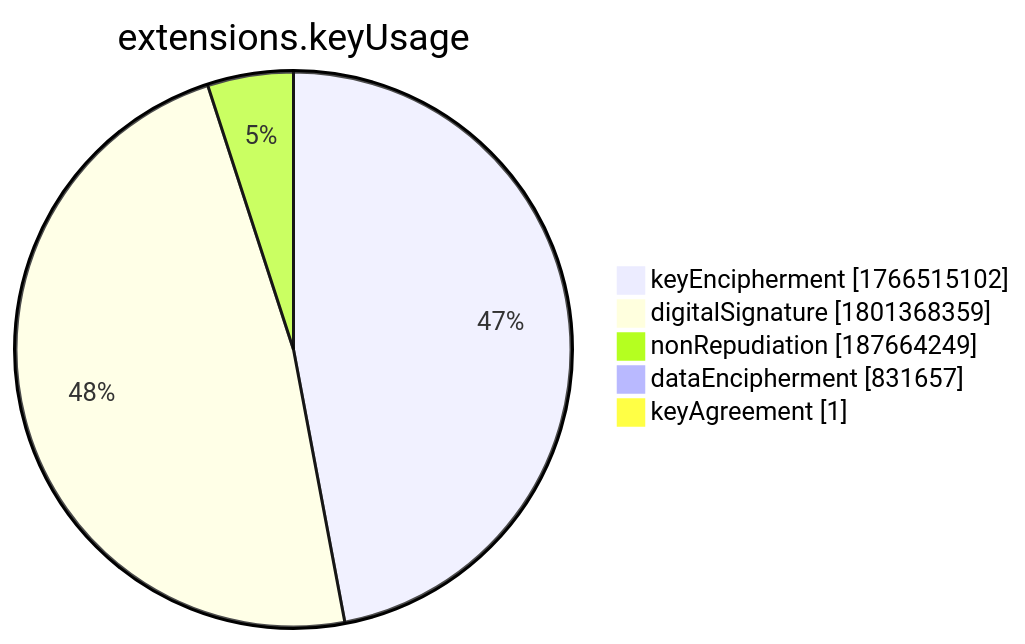
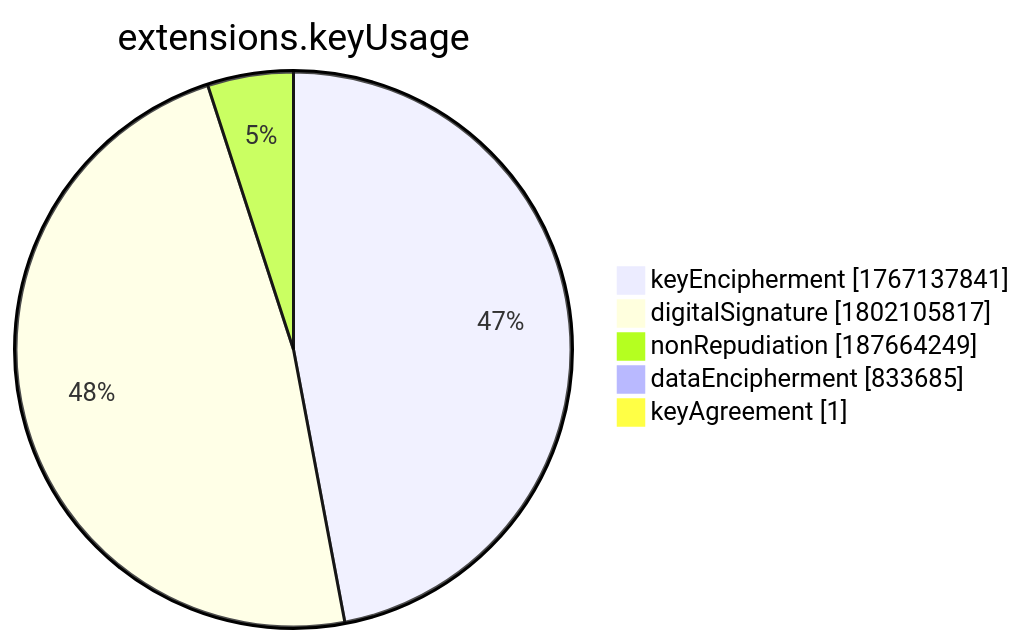
Before and after one commit to christiankrug/ctmonitor_visualization: the seventh of 15 diagrams in xenon2022/README.md, drawn with Mermaid. The commit also changed other lines of this file, not shown here.

````diff
--- a/xenon2022/README.md
+++ b/xenon2022/README.md
@@ -2859,9 +2859,9 @@
 ```mermaid
 pie showData
 title extensions.keyUsage
-"keyEncipherment" :1766515102
-"digitalSignature" :1801368359
+"keyEncipherment" :1767137841
+"digitalSignature" :1802105817
 "nonRepudiation" :187664249
-"dataEncipherment" :831657
+"dataEncipherment" :833685
 "keyAgreement" :1
 ```
````
